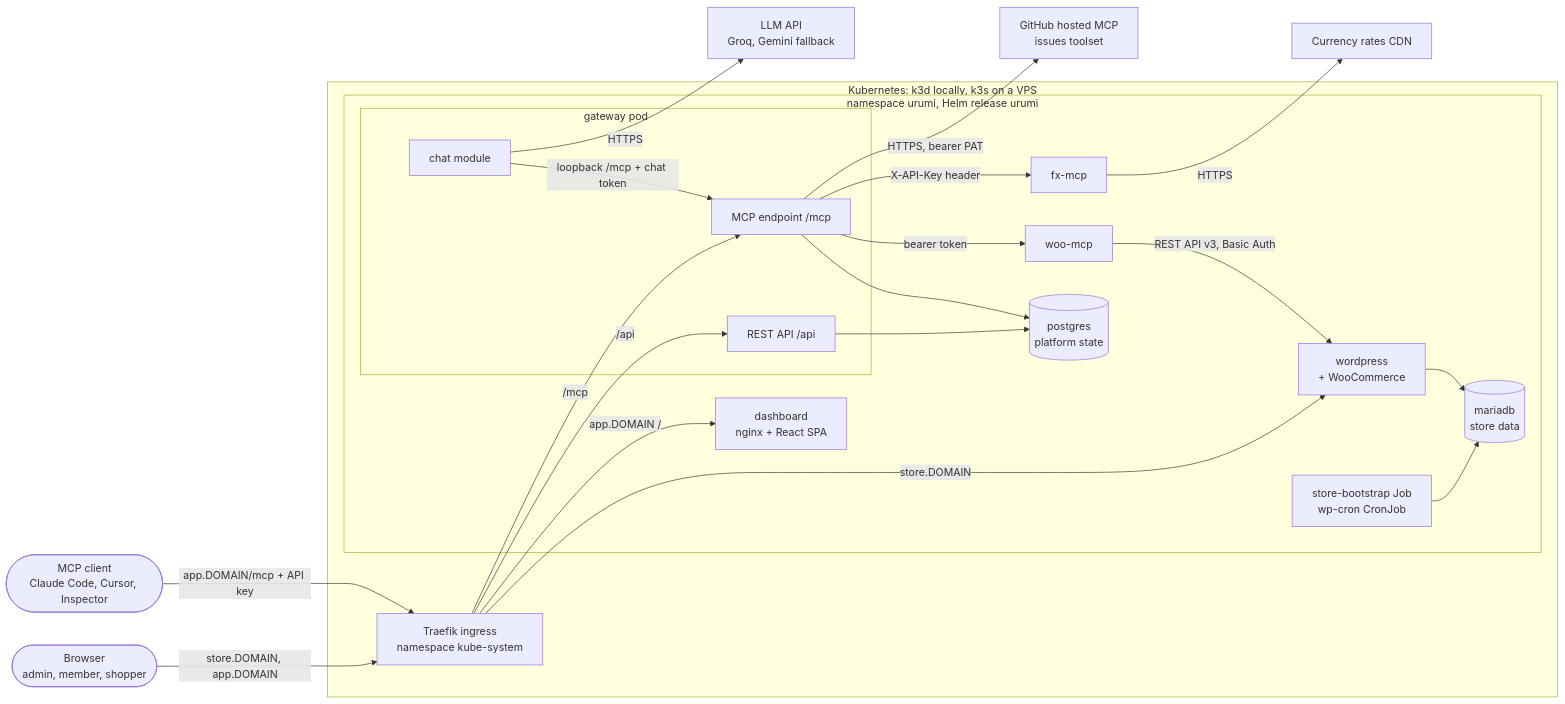
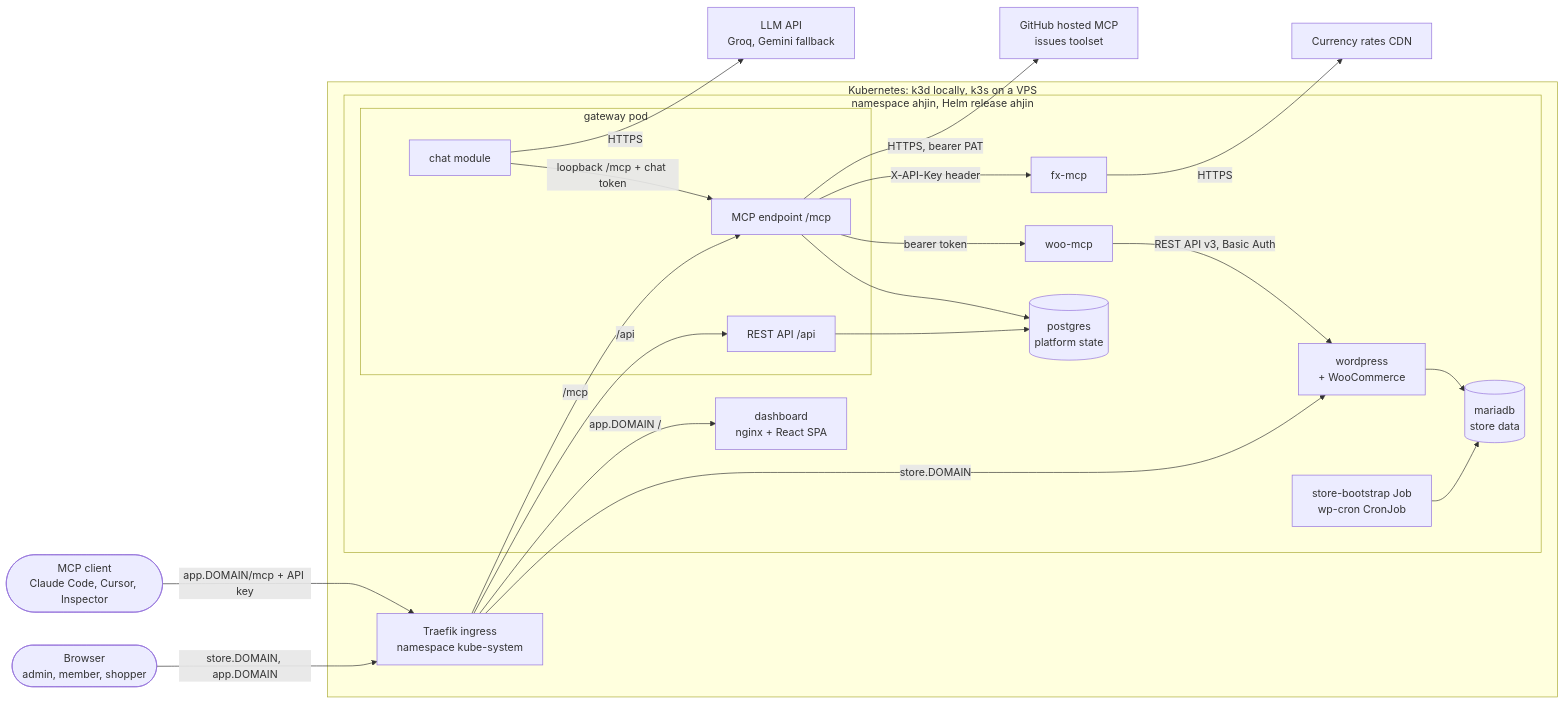
The first of 4 diagrams in docs/system-design.md (Mohan0112/Merchant_MCP_gateway), drawn with Mermaid before and after one commit. The commit also changed other lines of this file and 135 other files, not shown here.

````diff
--- a/docs/system-design.md
+++ b/docs/system-design.md
@@ -25,45 +25,45 @@
 ```mermaid
 flowchart LR
     browser(["Browser<br/>admin, member, shopper"])
     mcpc(["MCP client<br/>Claude Code, Cursor, Inspector"])
 
     subgraph k8s["Kubernetes: k3d locally, k3s on a VPS"]
         traefik["Traefik ingress<br/>namespace kube-system"]
-        subgraph ns["namespace urumi, Helm release urumi"]
+        subgraph ns["namespace ahjin, Helm release ahjin"]
             dash["dashboard<br/>nginx + React SPA"]
             subgraph gwpod["gateway pod"]
                 api["REST API /api"]
                 mcp["MCP endpoint /mcp"]
                 chat["chat module"]
             end
             pg[("postgres<br/>platform state")]
             woo["woo-mcp"]
             fx["fx-mcp"]
             wp["wordpress<br/>+ WooCommerce"]
             db[("mariadb<br/>store data")]
             jobs["store-bootstrap Job<br/>wp-cron CronJob"]
         end
     end
 
     gh["GitHub hosted MCP<br/>issues toolset"]
     llm["LLM API<br/>Groq, Gemini fallback"]
     rates["Currency rates CDN"]
 
     browser -->|"store.DOMAIN, app.DOMAIN"| traefik
     mcpc -->|"app.DOMAIN/mcp + API key"| traefik
     traefik -->|"store.DOMAIN"| wp
     traefik -->|"app.DOMAIN /"| dash
     traefik -->|"/api"| api
     traefik -->|"/mcp"| mcp
     api --> pg
     mcp --> pg
     chat -->|"loopback /mcp + chat token"| mcp
     chat -->|"HTTPS"| llm
     mcp -->|"bearer token"| woo
     mcp -->|"X-API-Key header"| fx
     mcp -->|"HTTPS, bearer PAT"| gh
     fx -->|"HTTPS"| rates
     woo -->|"REST API v3, Basic Auth"| wp
     wp --> db
     jobs --> db
 ```
````
